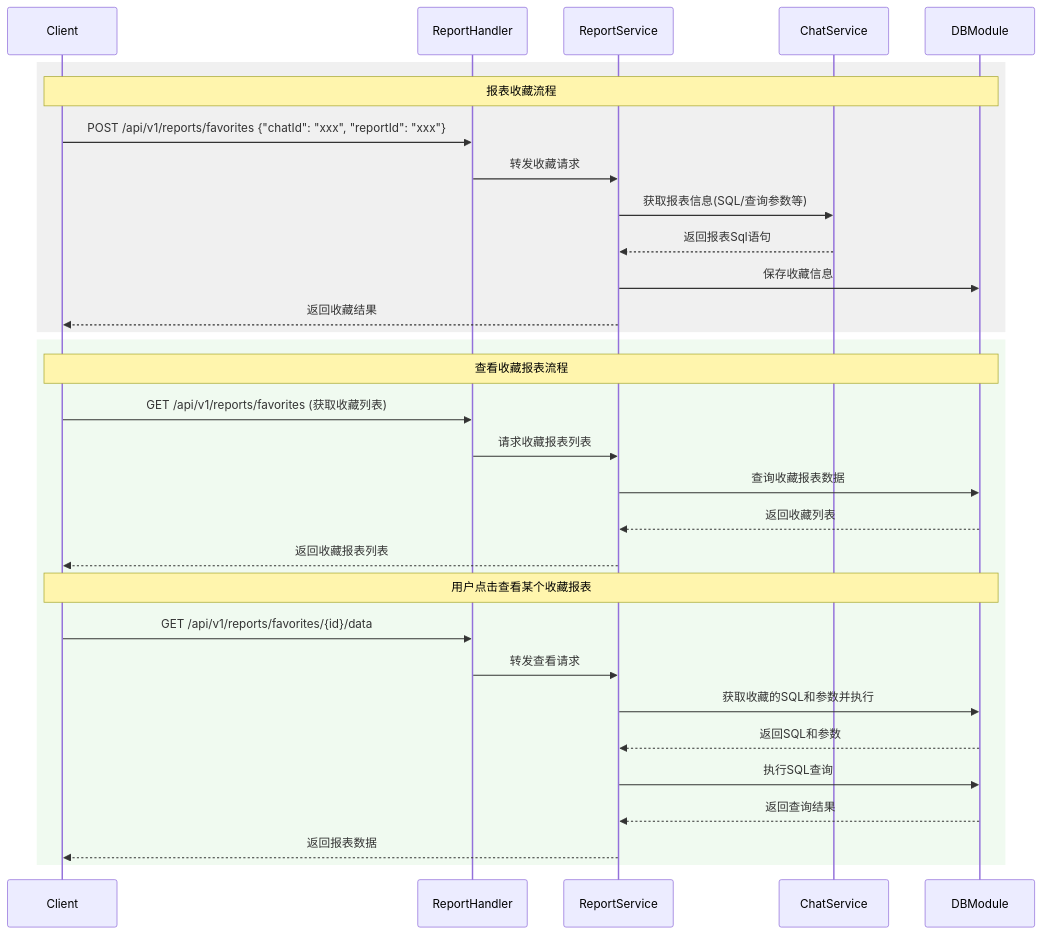
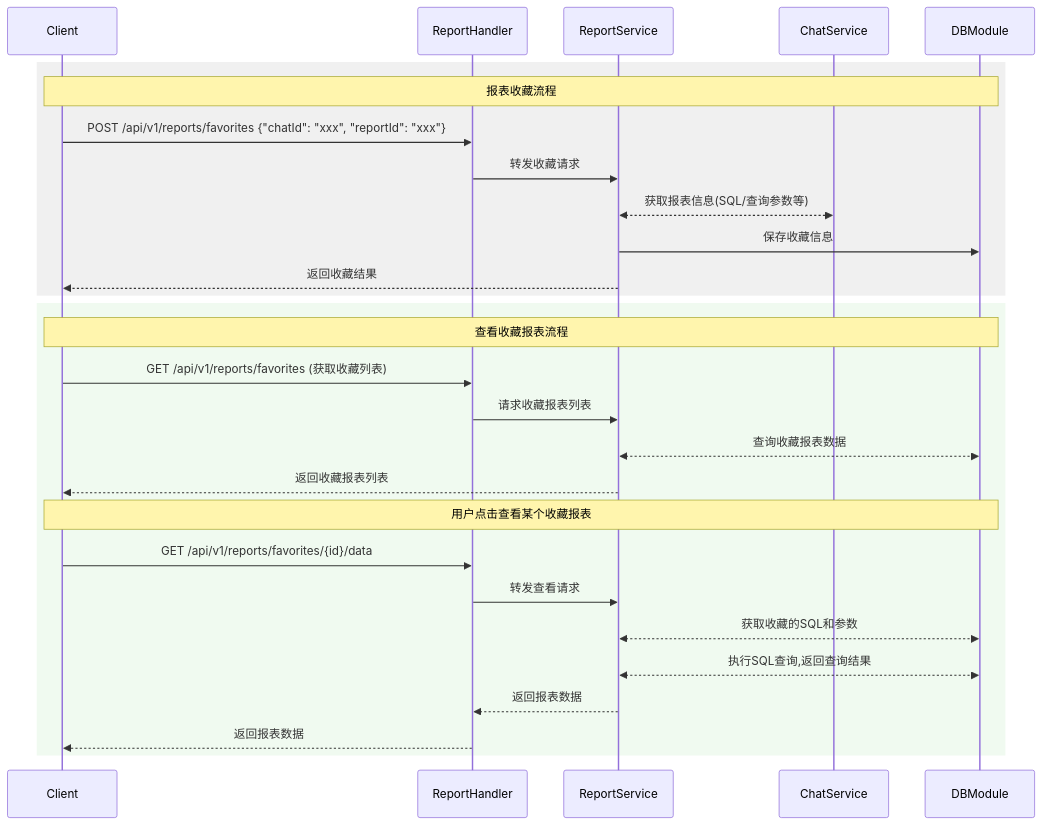
Before and after one commit to hanhzf/aiops: the seventh of 7 diagrams in ai-coding/output/应用软件交互时序图.md, drawn with Mermaid. The commit also changed other lines of this file and 6 other files, not shown here.

Commit message:
update er

````diff
--- a/ai-coding/output/应用软件交互时序图.md
+++ b/ai-coding/output/应用软件交互时序图.md
@@ -208,38 +141,35 @@
 ```mermaid
 sequenceDiagram
     participant Client
     participant ReportHandler
     participant ReportService
     participant ChatService 
     participant DBModule
 
     rect rgb(240, 240, 240)
         Note over Client,DBModule: 报表收藏流程
         
         Client->>ReportHandler: POST /api/v1/reports/favorites {"chatId": "xxx", "reportId": "xxx"}
         ReportHandler->>ReportService: 转发收藏请求
-        ReportService->>ChatService: 获取报表信息(SQL/查询参数等)
-        ChatService-->>ReportService: 返回报表Sql语句
+        ReportService<<-->>ChatService: 获取报表信息(SQL/查询参数等)
         ReportService->>DBModule: 保存收藏信息
         ReportService-->>Client: 返回收藏结果
     end
 
     rect rgb(240, 250, 240)
         Note over Client,DBModule: 查看收藏报表流程
         
         Client->>ReportHandler: GET /api/v1/reports/favorites (获取收藏列表)
         ReportHandler->>ReportService: 请求收藏报表列表
-        ReportService->>DBModule: 查询收藏报表数据
-        DBModule-->>ReportService: 返回收藏列表
+        ReportService<<-->>DBModule: 查询收藏报表数据
         ReportService-->>Client: 返回收藏报表列表
         
         Note over Client,DBModule: 用户点击查看某个收藏报表
         Client->>ReportHandler: GET /api/v1/reports/favorites/{id}/data
         ReportHandler->>ReportService: 转发查看请求
-        ReportService->>DBModule: 获取收藏的SQL和参数并执行
-        DBModule-->>ReportService: 返回SQL和参数
-        ReportService->>DBModule: 执行SQL查询
-        DBModule-->>ReportService: 返回查询结果
-        ReportService-->>Client: 返回报表数据
+        ReportService<<-->>DBModule: 获取收藏的SQL和参数
+        ReportService<<-->>DBModule: 执行SQL查询,返回查询结果
+        ReportService-->>ReportHandler: 返回报表数据
+        ReportHandler-->>Client: 返回报表数据
     end
 ```
````
